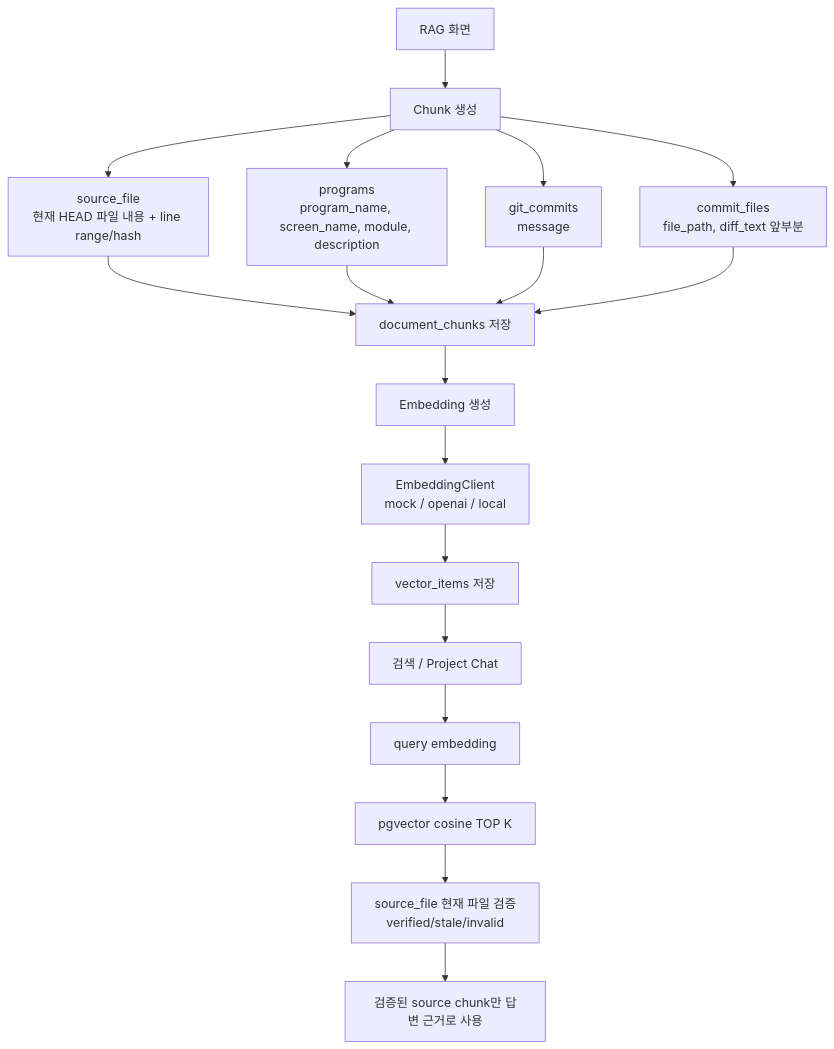
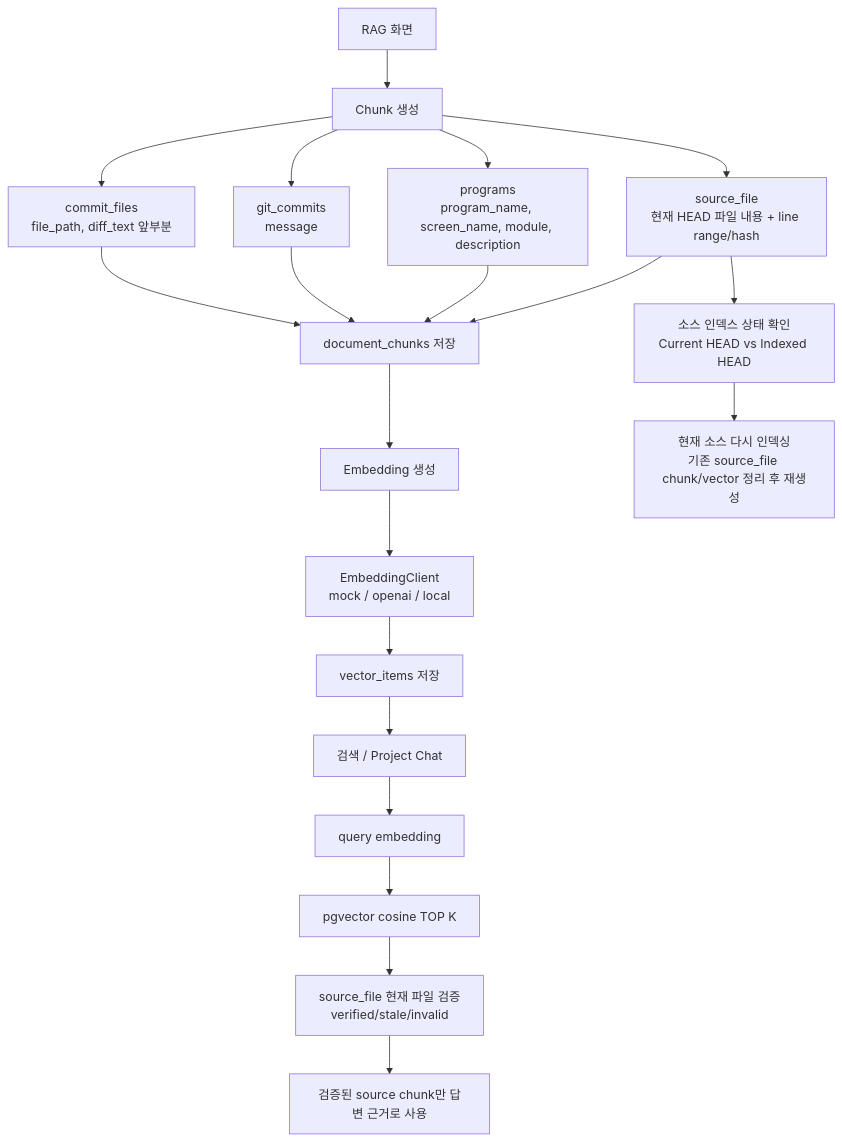
One commit to ino5/ai-commit-advisor-26 changed the fifth of 7 diagrams in README_ARCHITECTURE.md. Above: the diagram before and after it, drawn with Mermaid. The commit also changed other lines of this file and 8 other files, not shown here.

````diff
--- a/README_ARCHITECTURE.md
+++ b/README_ARCHITECTURE.md
@@ -373,20 +375,22 @@
 ```mermaid
 flowchart TD
     A["RAG 화면"] --> B["Chunk 생성"]
     B --> C["source_file<br/>현재 HEAD 파일 내용 + line range/hash"]
     B --> D["programs<br/>program_name, screen_name, module, description"]
     B --> E["git_commits<br/>message"]
     B --> F["commit_files<br/>file_path, diff_text 앞부분"]
     C --> G["document_chunks 저장"]
     D --> G
     E --> G
     F --> G
     G --> H["Embedding 생성"]
     H --> I["EmbeddingClient<br/>mock / openai / local"]
     I --> J["vector_items 저장"]
     J --> K["검색 / Project Chat"]
     K --> L["query embedding"]
     L --> M["pgvector cosine TOP K"]
     M --> N["source_file 현재 파일 검증<br/>verified/stale/invalid"]
     N --> O["검증된 source chunk만 답변 근거로 사용"]
+    C --> P["소스 인덱스 상태 확인<br/>Current HEAD vs Indexed HEAD"]
+    P --> Q["현재 소스 다시 인덱싱<br/>기존 source_file chunk/vector 정리 후 재생성"]
 ```
````
